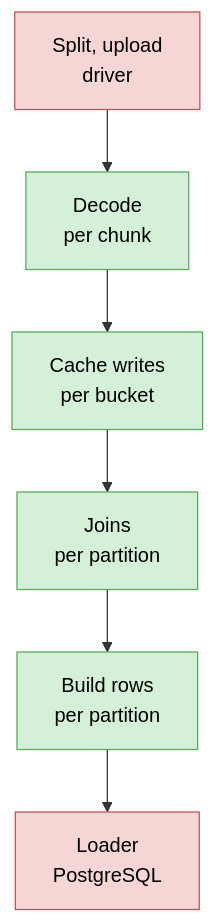
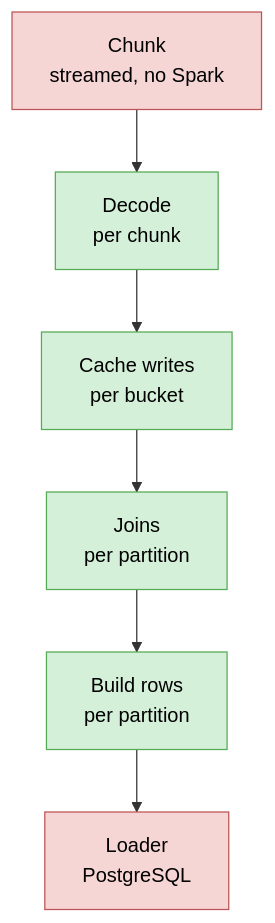
The fifth of 5 diagrams in docs/design.md (johngian/osm-spark-import), drawn with Mermaid before and after one commit. The commit also changed other lines of this file and 20 other files, not shown here.

````diff
--- a/docs/design.md
+++ b/docs/design.md
@@ -158,12 +186,12 @@
 ```mermaid
 flowchart TB
-    s1[Split, upload<br/>driver] --> s2[Decode<br/>per chunk]
+    s1[Chunk<br/>streamed, no Spark] --> s2[Decode<br/>per chunk]
     s2 --> s3[Cache writes<br/>per bucket]
     s3 --> s4[Joins<br/>per partition]
     s4 --> s5[Build rows<br/>per partition]
     s5 --> s6[Loader<br/>PostgreSQL]
     classDef serial fill:#f6d5d5,stroke:#b55,color:#000
     classDef parallel fill:#d5f0d9,stroke:#5a5,color:#000
     class s1,s6 serial
     class s2,s3,s4,s5 parallel
 ```
````
